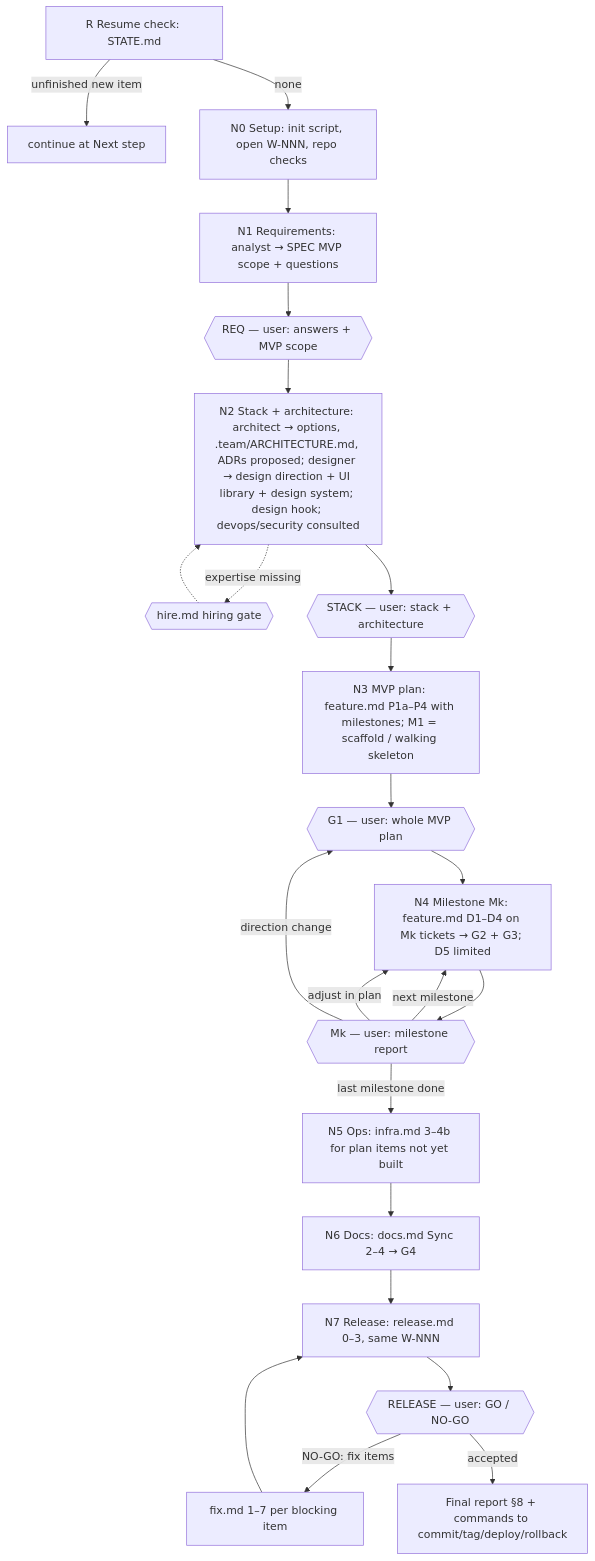
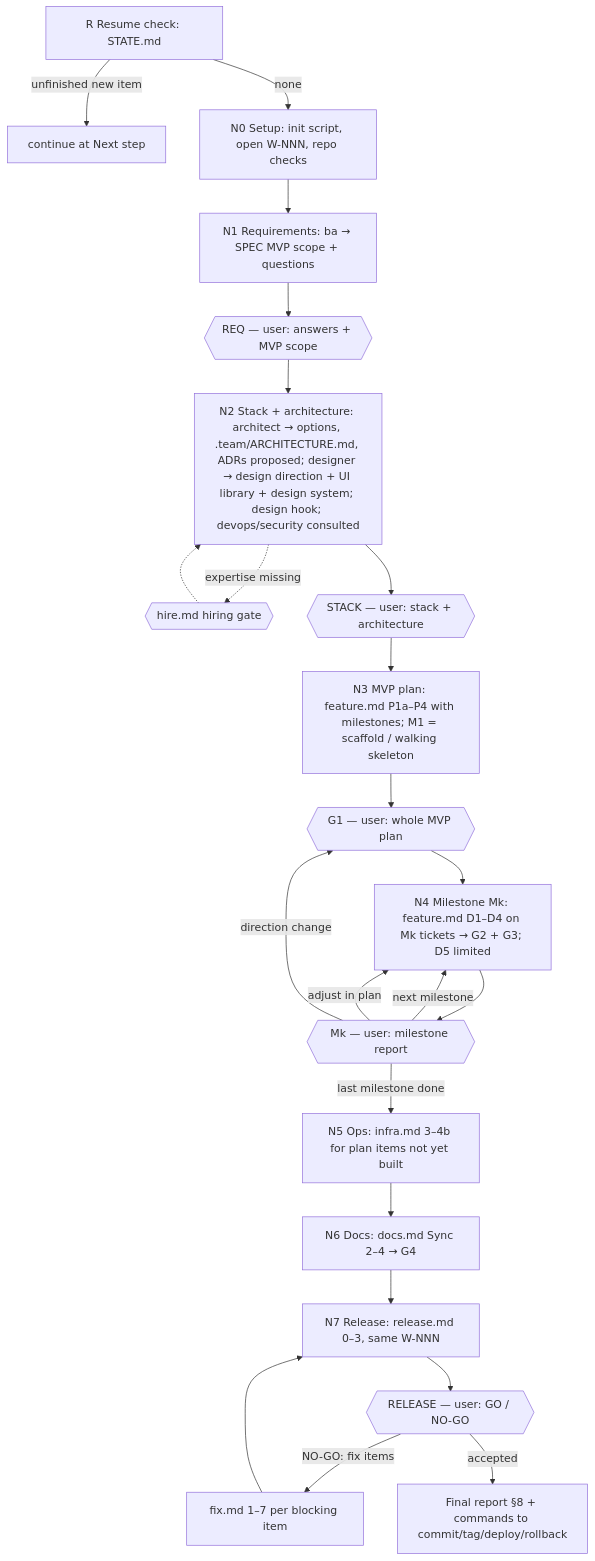
One commit to Tuan-Quyen/technical-teams changed the diagram in commands/new.md. Above: the diagram before and after it, drawn with Mermaid. The commit also changed other lines of this file and 34 other files, not shown here.

````diff
--- a/commands/new.md
+++ b/commands/new.md
@@ -44,24 +44,24 @@
 ```mermaid
 flowchart TD
   R0[R Resume check: STATE.md] -->|unfinished new item| RES[continue at Next step]
   R0 -->|none| N0[N0 Setup: init script, open W-NNN, repo checks]
-  N0 --> N1[N1 Requirements: analyst → SPEC MVP scope + questions]
+  N0 --> N1[N1 Requirements: ba → SPEC MVP scope + questions]
   N1 --> REQ{{REQ — user: answers + MVP scope}}
   REQ --> N2[N2 Stack + architecture: architect → options, .team/ARCHITECTURE.md, ADRs proposed; designer → design direction + UI library + design system; design hook; devops/security consulted]
   N2 -. expertise missing .-> HIRE{{hire.md hiring gate}}
   HIRE -.-> N2
   N2 --> STACK{{STACK — user: stack + architecture}}
   STACK --> N3[N3 MVP plan: feature.md P1a–P4 with milestones; M1 = scaffold / walking skeleton]
   N3 --> G1{{G1 — user: whole MVP plan}}
   G1 --> N4[N4 Milestone Mk: feature.md D1–D4 on Mk tickets → G2 + G3; D5 limited]
   N4 --> MK{{Mk — user: milestone report}}
   MK -- next milestone --> N4
   MK -- adjust in plan --> N4
   MK -- direction change --> G1
   MK -- last milestone done --> N5[N5 Ops: infra.md 3–4b for plan items not yet built]
   N5 --> N6[N6 Docs: docs.md Sync 2–4 → G4]
   N6 --> N7[N7 Release: release.md 0–3, same W-NNN]
   N7 --> REL{{RELEASE — user: GO / NO-GO}}
   REL -- NO-GO: fix items --> FX[fix.md 1–7 per blocking item] --> N7
   REL -- accepted --> END[Final report §8 + commands to commit/tag/deploy/rollback]
 ```
````
